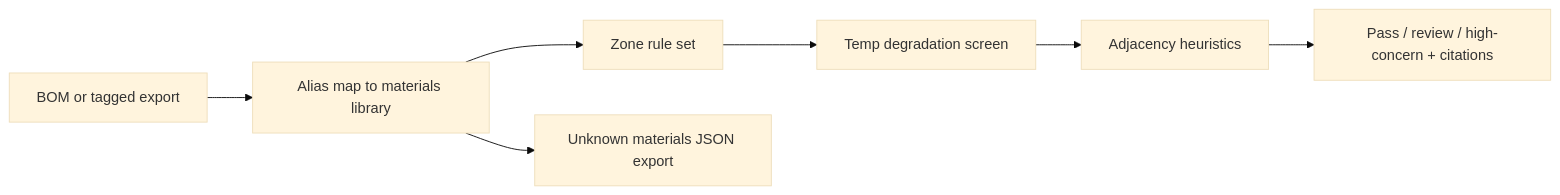
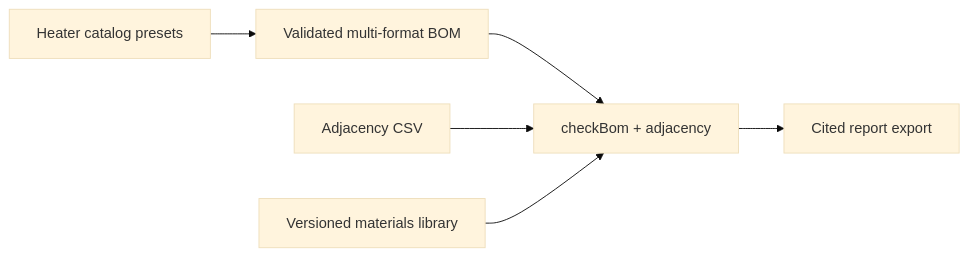
The diagram in docs/CAD_FIRE_VULNERABILITY_PLAN.md (Miles-Magyar/NASA-space-apps), drawn with Mermaid (base theme) before and after one commit. The commit also changed other lines of this file and 26 other files, not shown here.

First line of the commit message:
Harden CAD Checker for multi-format builds and pre-prod triage

````diff
--- a/docs/CAD_FIRE_VULNERABILITY_PLAN.md
+++ b/docs/CAD_FIRE_VULNERABILITY_PLAN.md
@@ -21,11 +21,14 @@
 ```mermaid
 flowchart LR
-  bom[BOM or tagged export]
-  map[Alias map to materials library]
-  zone[Zone rule set]
-  temp[Temp degradation screen]
-  adj[Adjacency heuristics]
-  out[Pass / review / high-concern + citations]
-  bom --> map --> zone --> temp --> adj --> out
-  map --> unknowns[Unknown materials JSON export]
+  bom[Validated multi-format BOM]
+  heat[Heater catalog presets]
+  adj[Adjacency CSV]
+  lib[Versioned materials library]
+  engine[checkBom + adjacency]
+  out[Cited report export]
+  bom --> engine
+  heat --> bom
+  adj --> engine
+  lib --> engine
+  engine --> out
 ```
````
